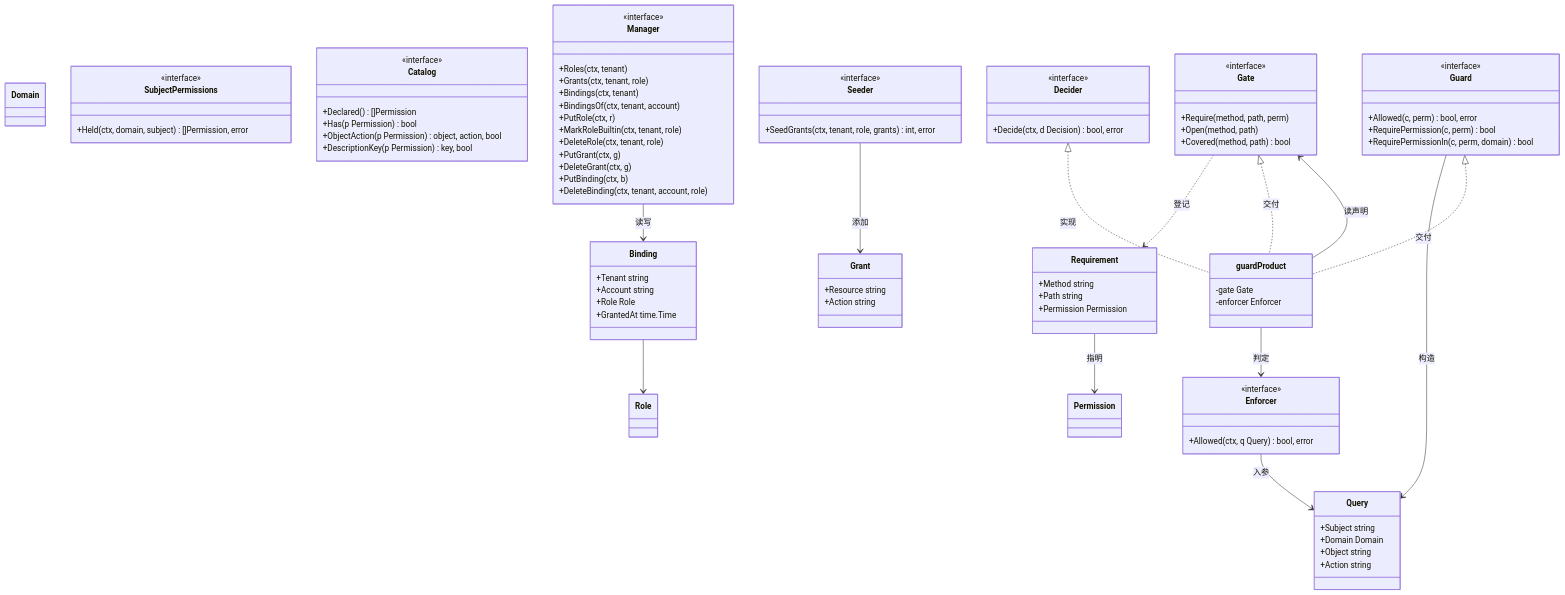
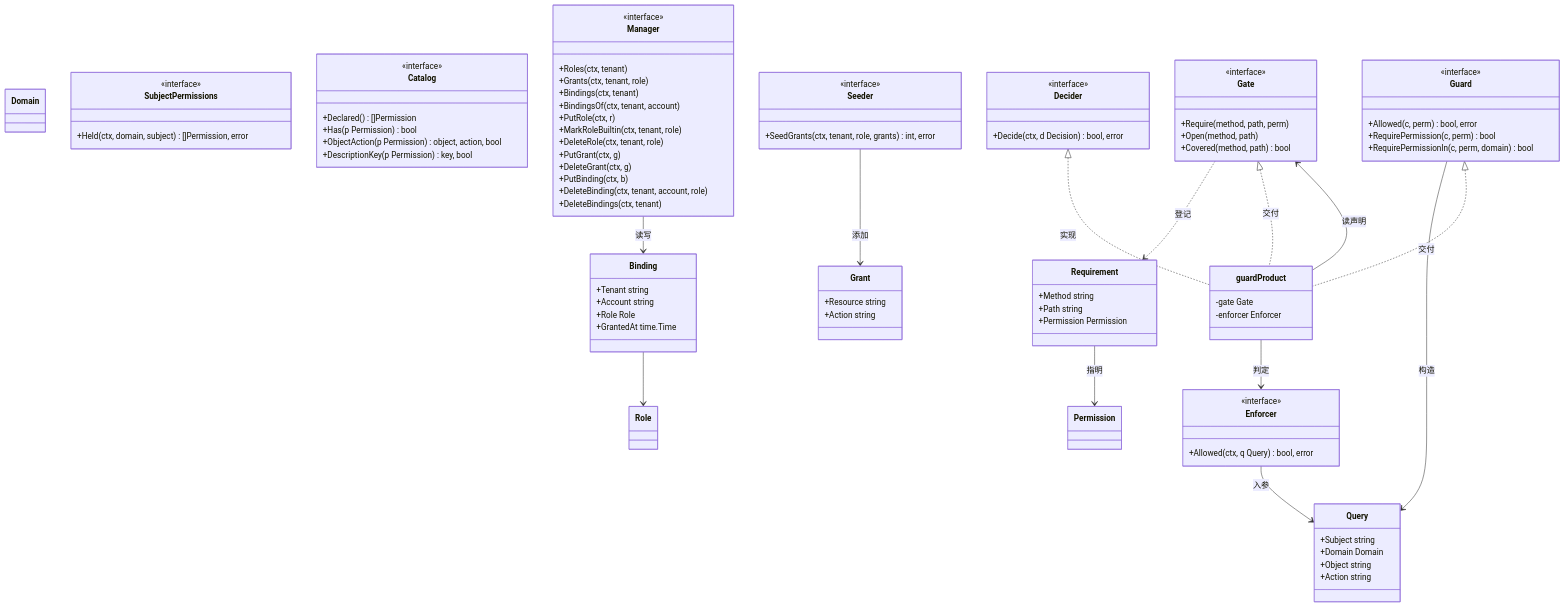
The first of 3 diagrams in docs/design/modules/design-authz.md (wangzw/speed), drawn with Mermaid before and after one commit. The commit also changed other lines of this file and 10 other files, not shown here.

```diff
--- a/docs/design/modules/design-authz.md
+++ b/docs/design/modules/design-authz.md
@@ -462,6 +463,7 @@
         +DeleteGrant(ctx, g)
         +PutBinding(ctx, b)
         +DeleteBinding(ctx, tenant, account, role)
+        +DeleteBindings(ctx, tenant)
     }
     class Binding {
         +Tenant string
```
